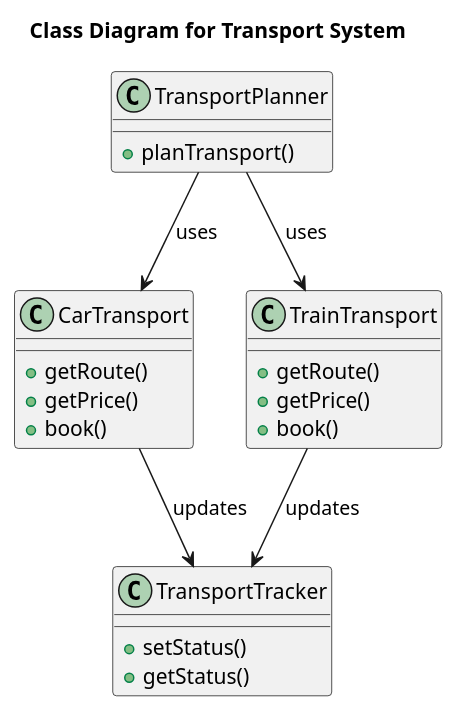
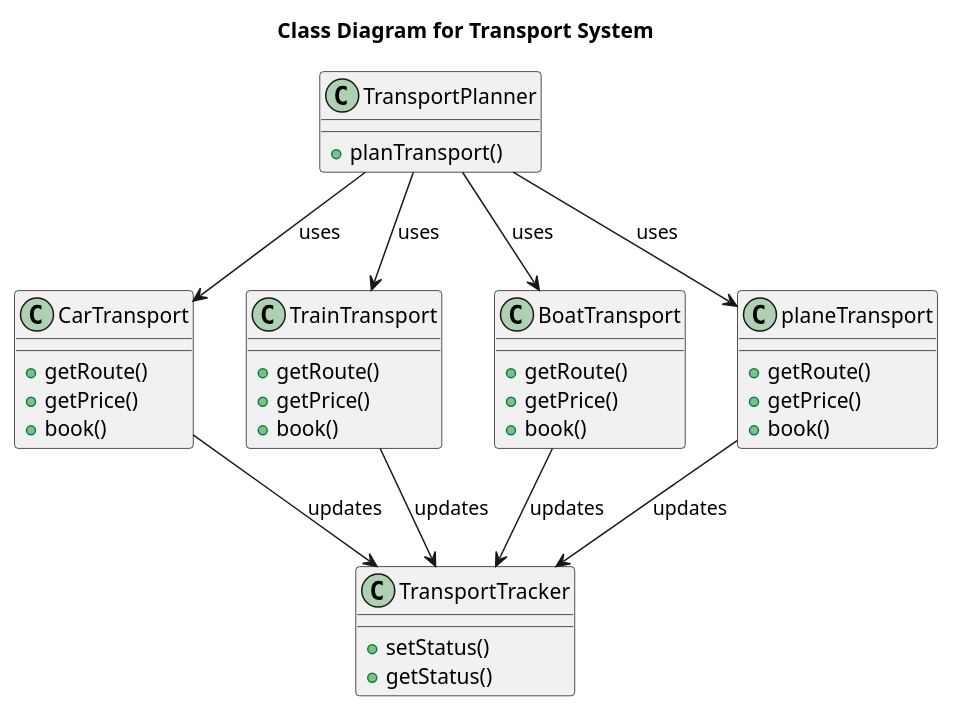
One commit to AIM-ENE-feb25/triptop-sqr-tech changed the diagram in Presentatie W2/ClassDiagrams/classDiagramRick.puml. Above: the diagram before and after it, drawn with PlantUML.

Commit message:
aanpassoingen klassendiagram

```diff
--- a/Presentatie W2/ClassDiagrams/classDiagramRick.puml
+++ b/Presentatie W2/ClassDiagrams/classDiagramRick.puml
@@ -2,32 +2,48 @@
 @startuml
 title Class Diagram for Transport System
 
 class TransportPlanner {
     +planTransport()
 }
 
 class CarTransport {
     +getRoute()
     +getPrice()
     +book()
 }
 
 class TrainTransport {
     +getRoute()
     +getPrice()
     +book()
 }
 
+class BoatTransport {
+    +getRoute()
+    +getPrice()
+    +book()
+}
+
+class planeTransport {
+    +getRoute()
+    +getPrice()
+    +book()
+}
 class TransportTracker {
     +setStatus()
     +getStatus()
 }
 
 
 
 TransportPlanner --> CarTransport : uses
 TransportPlanner --> TrainTransport : uses
 CarTransport --> TransportTracker : updates
 TrainTransport --> TransportTracker : updates
 
+TransportPlanner --> planeTransport : uses
+TransportPlanner --> BoatTransport : uses
+BoatTransport --> TransportTracker : updates
+planeTransport --> TransportTracker : updates
+
 @enduml
```
